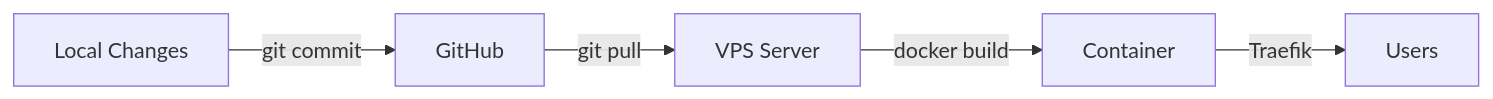
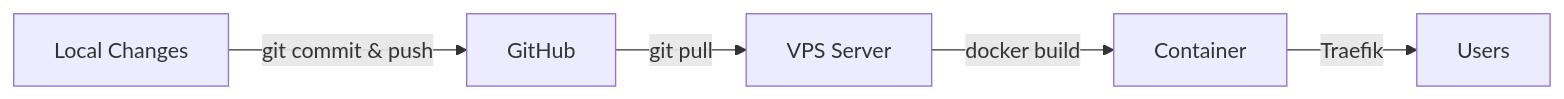
Before and after one commit to bekiindrewind/laurens-list: the fifth of 5 diagrams in ARCHITECTURE.md, drawn with Mermaid. The commit also changed other lines of this file and 6 other files, not shown here.

First line of the commit message:
Update documentation with webhook setup details and architecture improvements

````diff
--- a/ARCHITECTURE.md
+++ b/ARCHITECTURE.md
@@ -251,7 +340,7 @@
 ```mermaid
 graph LR
-    Local[Local Changes] -->|git commit| GitHub[GitHub]
+    Local[Local Changes] -->|git commit & push| GitHub[GitHub]
     GitHub -->|git pull| VPS[VPS Server]
     VPS -->|docker build| Container[Container]
     Container -->|Traefik| Users[Users]
 ```
````
